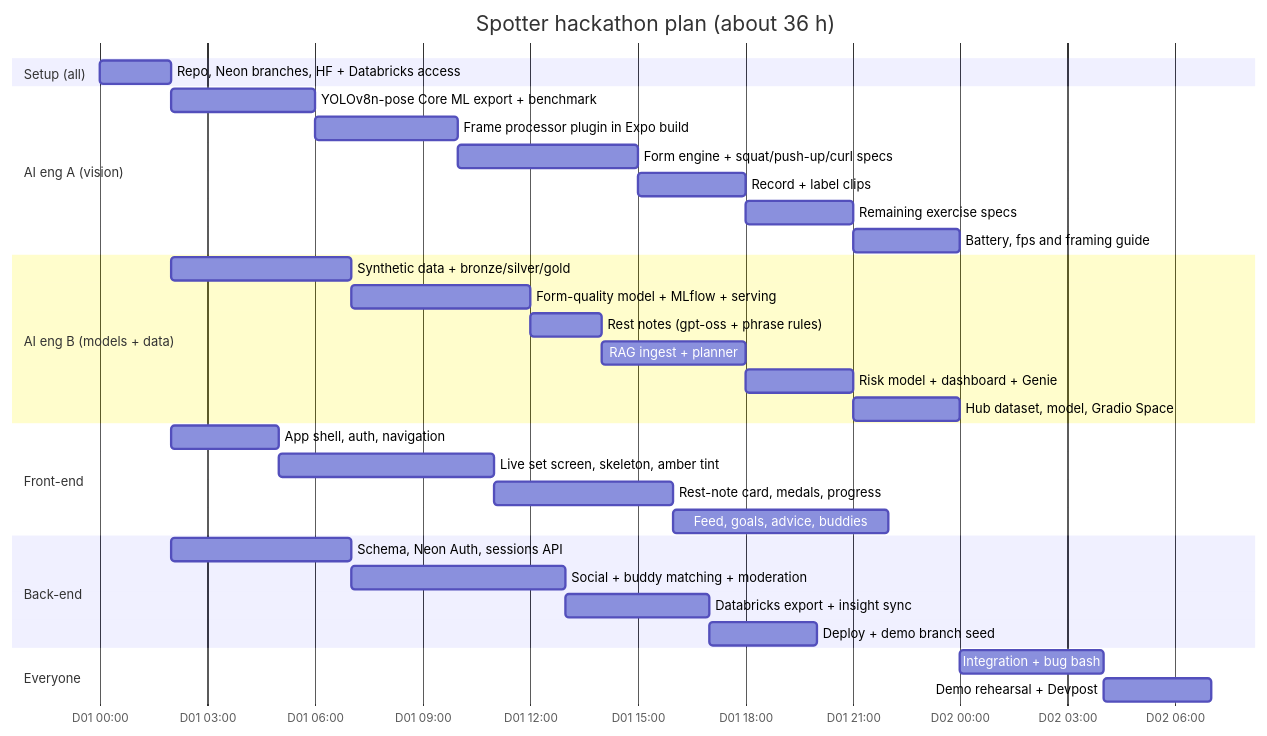
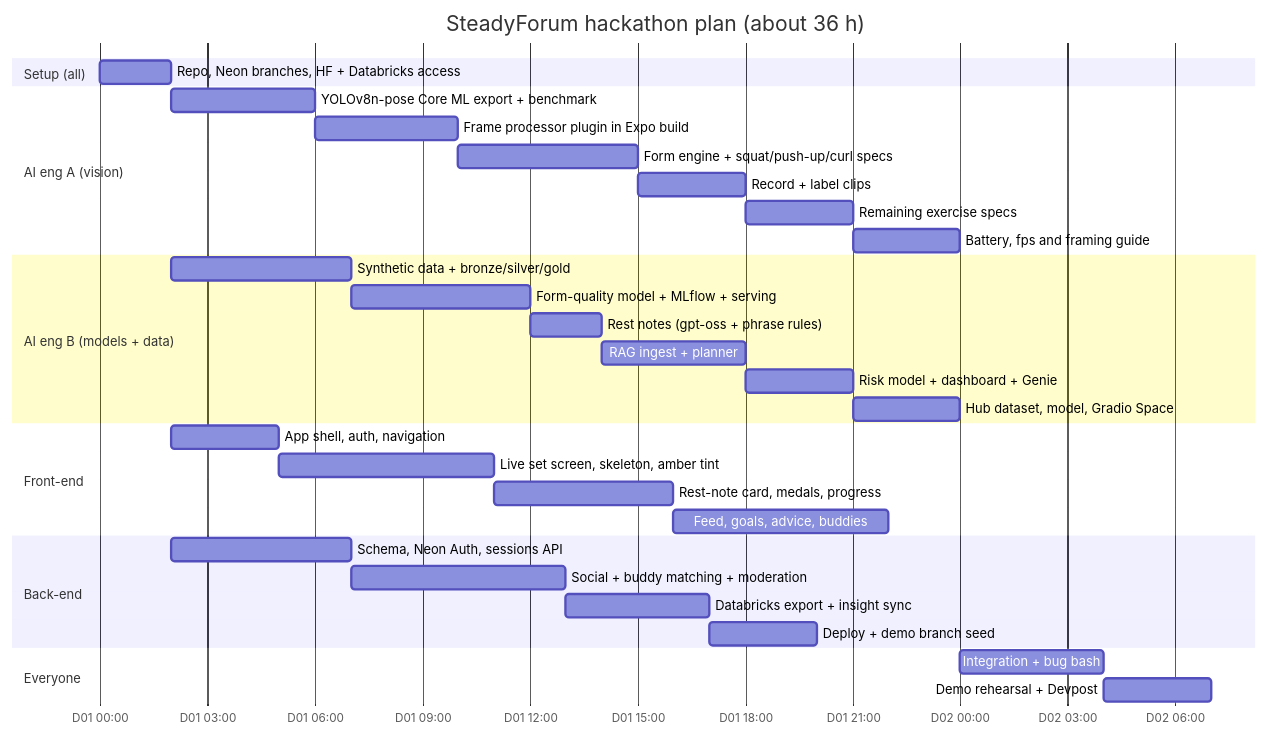
One commit to Del0m/KnightHacks2026 changed diagram 17 of 17 in Architecture.md. Above: the diagram before and after it, drawn with Mermaid. The commit also changed other lines of this file and 176 other files, not shown here.

Commit message:
Rename project to SteadyForum and add full verification CI

````diff
--- a/Architecture.md
+++ b/Architecture.md
@@ -772,35 +772,35 @@
 ```mermaid
 gantt
-    title Spotter hackathon plan (about 36 h)
+    title SteadyForum hackathon plan (about 36 h)
     dateFormat YYYY-MM-DD HH:mm
     axisFormat D%d %H:%M
     section Setup (all)
     Repo, Neon branches, HF + Databricks access :s1, 2026-01-01 00:00, 2h
     section AI eng A (vision)
     YOLOv8n-pose Core ML export + benchmark  :a1, after s1, 4h
     Frame processor plugin in Expo build     :a2, after a1, 4h
     Form engine + squat/push-up/curl specs   :a3, after a2, 5h
     Record + label clips                     :a4, after a3, 3h
     Remaining exercise specs                 :a5, after a4, 3h
     Battery, fps and framing guide           :a6, after a5, 3h
     section AI eng B (models + data)
     Synthetic data + bronze/silver/gold      :b1, after s1, 5h
     Form-quality model + MLflow + serving    :b2, after b1, 5h
     Rest notes (gpt-oss + phrase rules)      :b3, after b2, 2h
     RAG ingest + planner                     :b4, after b3, 4h
     Risk model + dashboard + Genie           :b5, after b4, 3h
     Hub dataset, model, Gradio Space         :b6, after b5, 3h
     section Front-end
     App shell, auth, navigation              :f1, after s1, 3h
     Live set screen, skeleton, amber tint    :f2, after f1, 6h
     Rest-note card, medals, progress         :f3, after f2, 5h
     Feed, goals, advice, buddies             :f4, after f3, 6h
     section Back-end
     Schema, Neon Auth, sessions API          :k1, after s1, 5h
     Social + buddy matching + moderation     :k2, after k1, 6h
     Databricks export + insight sync         :k3, after k2, 4h
     Deploy + demo branch seed                :k4, after k3, 3h
     section Everyone
     Integration + bug bash                   :i1, after a6 b6 f4 k4, 4h
     Demo rehearsal + Devpost                 :i2, after i1, 3h
 ```
````
